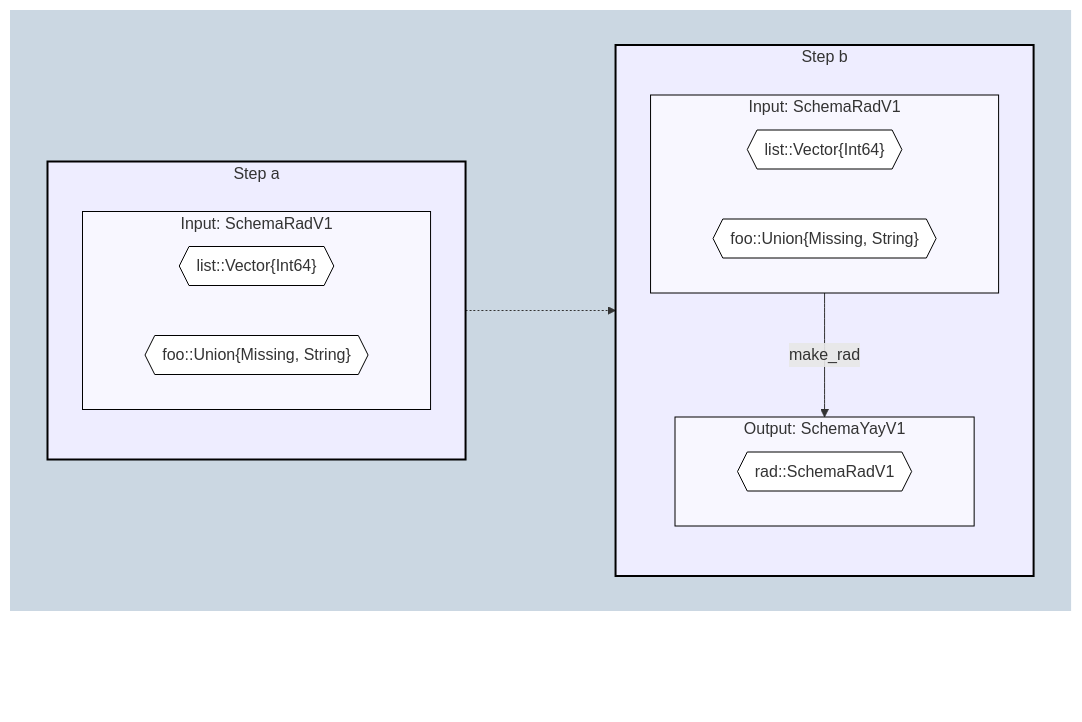
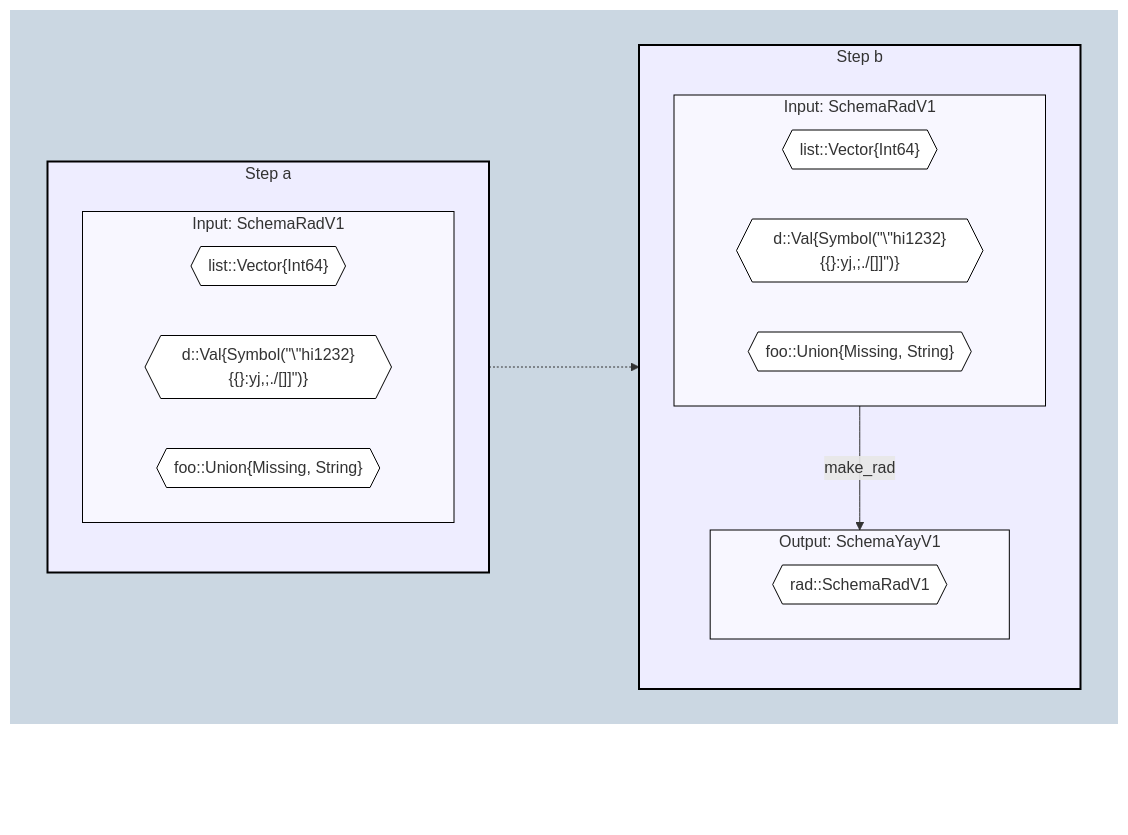
One commit to beacon-biosignals/TransformSpecifications.jl changed the diagram in test/reference_tests/mermaid_legolas.md. Above: the diagram before and after it, drawn with Mermaid. The commit also changed 7 other files, not shown here.

First line of the commit message:
Fix missing escaping in mermaid diagram (#28)

````diff
--- a/test/reference_tests/mermaid_legolas.md
+++ b/test/reference_tests/mermaid_legolas.md
@@ -1,46 +1,50 @@
 ```mermaid
 flowchart
 
 %% Define steps (nodes)
 subgraph OUTERLEVEL["` `"]
 direction LR
-subgraph STEP_A[Step a]
+subgraph STEP_A["Step a"]
   direction TB
-  subgraph STEP_A_InputSchema[Input: SchemaRadV1]
+  subgraph STEP_A_InputSchema["Input: SchemaRadV1"]
     direction RL
     STEP_A_InputSchemalist{{"list::Vector{Int64}"}}
     class STEP_A_InputSchemalist classSpecField
+    STEP_A_InputSchemad{{"d::Val{Symbol(#quot;\#quot;hi1232}{{}:yj,;./[]]#quot;)}"}}
+    class STEP_A_InputSchemad classSpecField
     STEP_A_InputSchemafoo{{"foo::Union{Missing, String}"}}
     class STEP_A_InputSchemafoo classSpecField
   end
   class STEP_A_InputSchema classSpec
 end
-subgraph STEP_B[Step b]
+subgraph STEP_B["Step b"]
   direction TB
-  subgraph STEP_B_InputSchema[Input: SchemaRadV1]
+  subgraph STEP_B_InputSchema["Input: SchemaRadV1"]
     direction RL
     STEP_B_InputSchemalist{{"list::Vector{Int64}"}}
     class STEP_B_InputSchemalist classSpecField
+    STEP_B_InputSchemad{{"d::Val{Symbol(#quot;\#quot;hi1232}{{}:yj,;./[]]#quot;)}"}}
+    class STEP_B_InputSchemad classSpecField
     STEP_B_InputSchemafoo{{"foo::Union{Missing, String}"}}
     class STEP_B_InputSchemafoo classSpecField
   end
-  subgraph STEP_B_OutputSchema[Output: SchemaYayV1]
+  subgraph STEP_B_OutputSchema["Output: SchemaYayV1"]
     direction RL
     STEP_B_OutputSchemarad{{"rad::SchemaRadV1"}}
     class STEP_B_OutputSchemarad classSpecField
   end
   STEP_B_InputSchema:::classSpec -- make_rad --> STEP_B_OutputSchema:::classSpec
 end
 
 %% Link steps (edges)
 STEP_A:::classStep -..-> STEP_B:::classStep
 
 end
 OUTERLEVEL:::classOuter ~~~ OUTERLEVEL:::classOuter
 
 %% Styling definitions
 classDef classOuter fill:#cbd7e2,stroke:#000,stroke-width:0px;
 classDef classStep fill:#eeedff,stroke:#000,stroke-width:2px;
 classDef classSpec fill:#f8f7ff,stroke:#000,stroke-width:1px;
 classDef classSpecField fill:#fff,stroke:#000,stroke-width:1px;
 ```
````
